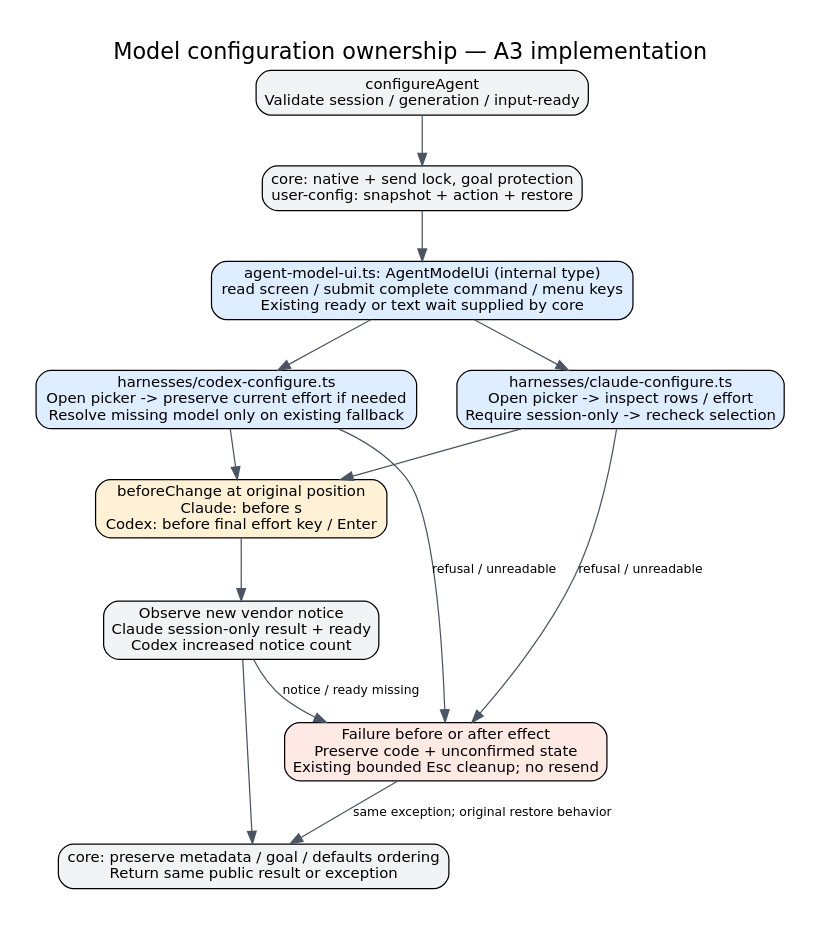
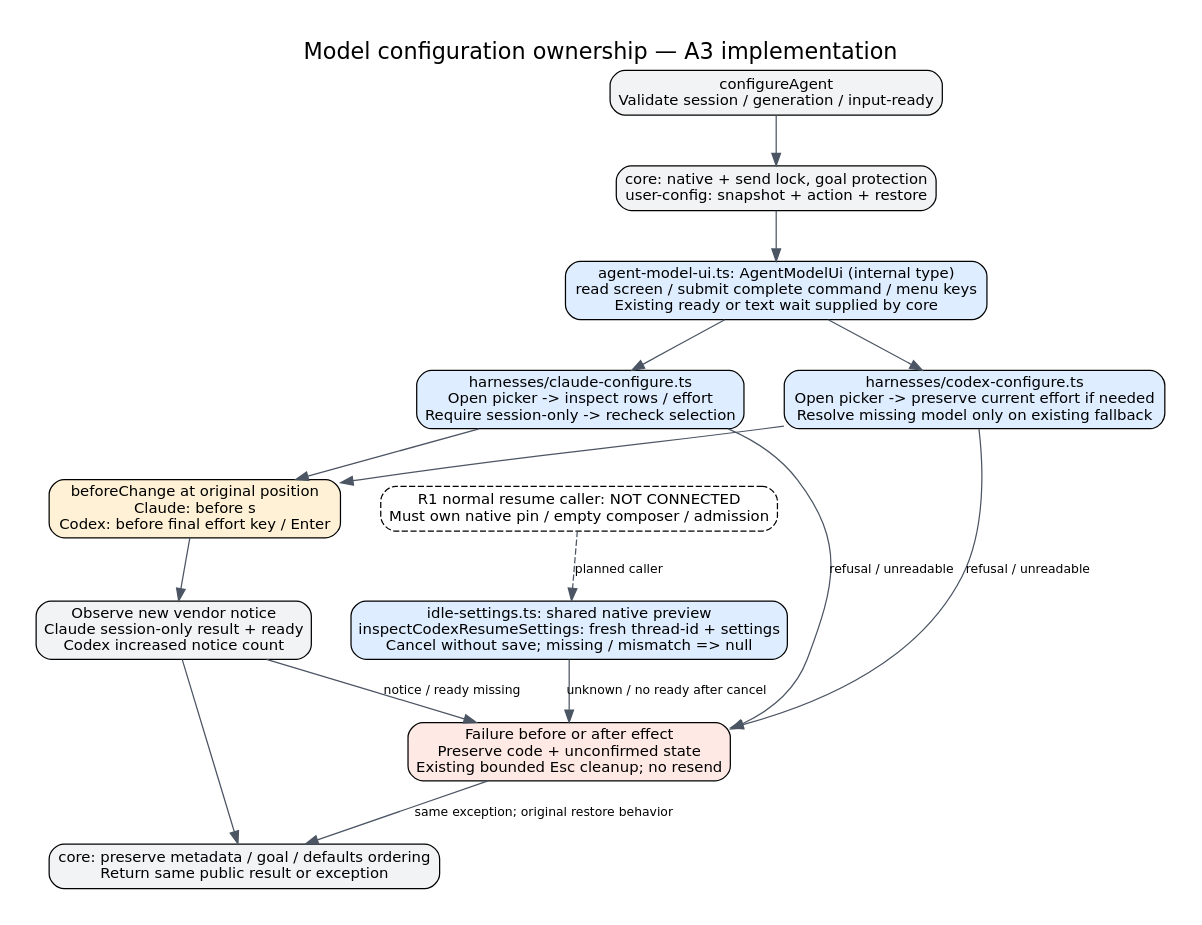
One commit to kitepon/aiterm-mcp changed the diagram in docs/architecture/model-configuration.dot. Above: the diagram before and after it, drawn with Graphviz. The commit also changed 5 other files, not shown here.

Commit message:
feat(codex): inspect current thread and settings without saving preview

```diff
--- a/docs/architecture/model-configuration.dot
+++ b/docs/architecture/model-configuration.dot
@@ -1,26 +1,30 @@
 digraph configuration {
  graph [rankdir=TB,bgcolor="white",pad=0.3,nodesep=0.45,ranksep=0.55,fontname="DejaVu Sans",fontsize=18,label="Model configuration ownership — A3 implementation",labelloc=t];
  node [shape=box,style="rounded,filled",fillcolor="#f1f3f5",fontname="DejaVu Sans",fontsize=12];
  edge [fontname="DejaVu Sans",fontsize=10,color="#4b5563"];
  request [label="configureAgent\nValidate session / generation / input-ready"];
  lock [label="core: native + send lock, goal protection\nuser-config: snapshot + action + restore"];
  port [label="agent-model-ui.ts: AgentModelUi (internal type)\nread screen / submit complete command / menu keys\nExisting ready or text wait supplied by core",fillcolor="#deedff"];
  claude [label="harnesses/claude-configure.ts\nOpen picker -> inspect rows / effort\nRequire session-only -> recheck selection",fillcolor="#deedff"];
  codex [label="harnesses/codex-configure.ts\nOpen picker -> preserve current effort if needed\nResolve missing model only on existing fallback",fillcolor="#deedff"];
  sideeffect [label="beforeChange at original position\nClaude: before s\nCodex: before final effort key / Enter",fillcolor="#fff1d5"];
  observe [label="Observe new vendor notice\nClaude session-only result + ready\nCodex increased notice count"];
  result [label="core: preserve metadata / goal / defaults ordering\nReturn same public result or exception"];
  failure [label="Failure before or after effect\nPreserve code + unconfirmed state\nExisting bounded Esc cleanup; no resend",fillcolor="#ffe9e4"];
+ preview [label="idle-settings.ts: shared native preview\ninspectCodexResumeSettings: fresh thread-id + settings\nCancel without save; missing / mismatch => null",fillcolor="#deedff"];
+ repair [label="R1 normal resume caller: NOT CONNECTED\nMust own native pin / empty composer / admission",style="rounded,dashed",fillcolor="#fff1d5"];
+ repair -> preview [style=dashed,label="planned caller"];
+ preview -> failure [label="unknown / no ready after cancel"];
  request -> lock;
  lock -> port;
  port -> claude;
  port -> codex;
  claude -> sideeffect;
  codex -> sideeffect;
  sideeffect -> observe;
  observe -> result;
  claude -> failure [label="refusal / unreadable"];
  codex -> failure [label="refusal / unreadable"];
  observe -> failure [label="notice / ready missing"];
  failure -> result [label="same exception; original restore behavior"];
 }
```
